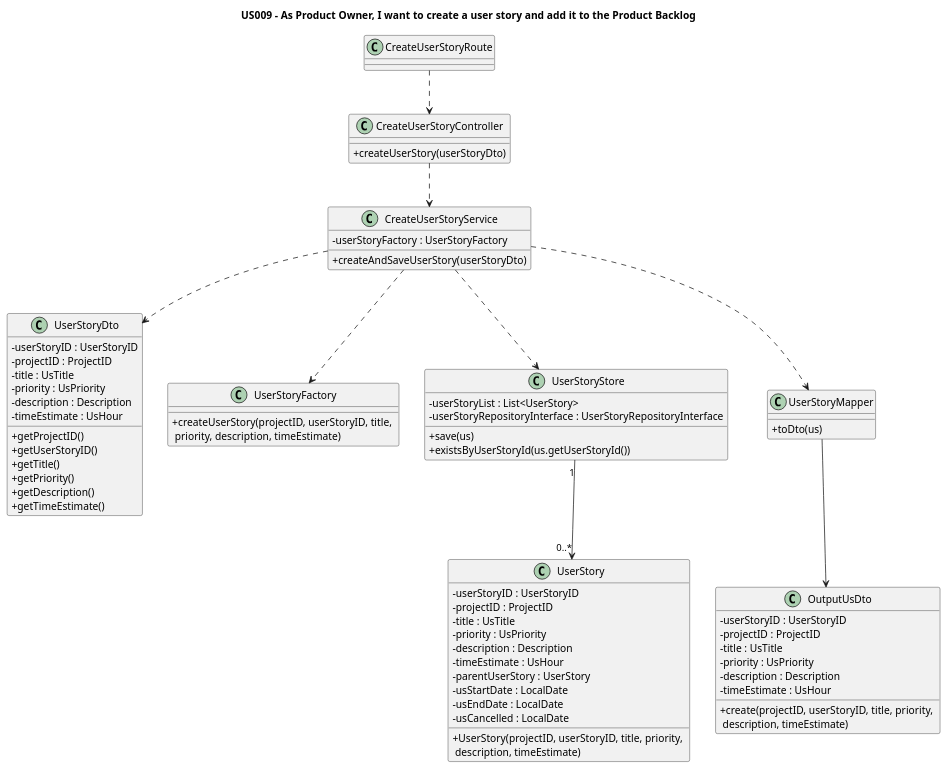
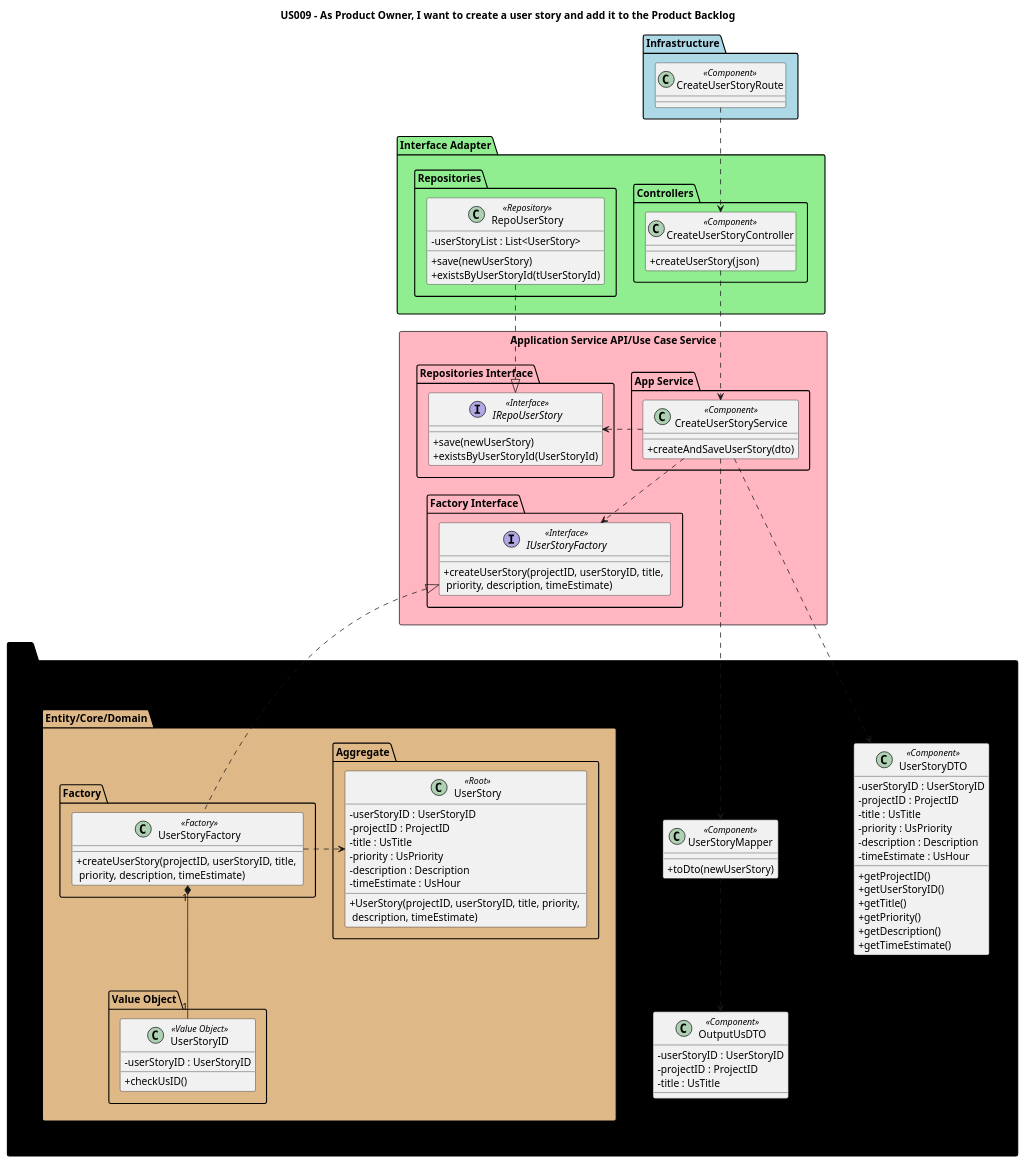
The diagram in docs/Sprint1/US009/US009RE-CD.puml (nunogon1211787/projectManagement), drawn with PlantUML before and after one commit. The commit also changed 33 other files, not shown here.

Commit message:
US009 - Refactor DS | Include DTO, Mapper, factory and service US009 - Implement UserStoryService US009 - Implement OutputUsDTO US009: Refactoring: CreateUserStoryController, class UserStory, UserStoryStore, UserStoryDTO (addresses #137)  (addresses  #139)  (addresses  #140)  (addresses #141)

```diff
--- a/docs/Sprint1/US009/US009RE-CD.puml
+++ b/docs/Sprint1/US009/US009RE-CD.puml
@@ -1,97 +1,157 @@
 @startuml
 'https://plantuml.com/class-diagram
 
 'hide circle
 skinparam classAttributeIconSize 0
 
 title US009 - As Product Owner, I want to create a user story and add it to the Product Backlog
 
-class CreateUserStoryRoute {
+skinparam classAttributeIconSize 0
 
+package "Infrastructure" <<Folder>> #lightblue  {
+class "CreateUserStoryRoute" as route << Component >>
 }
 
-class CreateUserStoryController {
-    +createUserStory(userStoryDto)
+package "Interface Adapter" <<Folder>> #lightgreen {
+package "Controllers" <<Folder>>{
+class "CreateUserStoryController" as ctrl << Component >> {
++createUserStory(json)
+}
+}
+package "Repositories" <<Folder>>{
+class "RepoUserStory" as store << Repository >> {
+-userStoryList : List<UserStory>
++ save(newUserStory)
++ existsByUserStoryId(tUserStoryId)
+'- add(newUserStory)
+}
+}
 }
 
-
-
-class CreateUserStoryService {
-- userStoryFactory : UserStoryFactory
-+createAndSaveUserStory(userStoryDto)
-
+package "Application Service API/Use Case Service" <<Rectangle>> #lightpink{
+package "App Service" <<Folder>>{
+class "CreateUserStoryService" as service << Component >> {
++createAndSaveUserStory(dto)
 }
-
-class UserStoryDto {
+}
+package "Repositories Interface" <<Folder>>{
+interface "IRepoUserStory" as repo << Interface >>{
++ save(newUserStory)
++ existsByUserStoryId(UserStoryId)
+}
+}
+package "Factory Interface" <<Folder>>{
+interface "IUserStoryFactory" as factoryInterface << Interface >>{
++createUserStory(projectID, userStoryID, title, \n priority, description, timeEstimate)
+}
+}
+}
+package "DTO" <<Folder>> #black {
+package "UserStoryDTO" <<Folder>>{
+class "UserStoryDTO" as dto << Component >> {
 - userStoryID : UserStoryID
 - projectID : ProjectID
 - title : UsTitle
 - priority : UsPriority
 - description : Description
 - timeEstimate : UsHour
 + getProjectID()
 + getUserStoryID()
 + getTitle()
 + getPriority()
 + getDescription()
 + getTimeEstimate()
-'+ UserStoryDto(projectID, userStoryID, \n title, priority, description, timeEstimate))
-
+}
+}
+package "DTO" <<Folder>> {
+package "OutputUsDTO" <<Folder>>{
+class "OutputUsDTO" as outDto << Component >> {
+- userStoryID : UserStoryID
+- projectID : ProjectID
+- title : UsTitle
+}
+}
+package "DTO" <<Folder>> {
+package "UserStoryMapper" <<Folder>>{
+class "UserStoryMapper" as mapper << Component >> {
++ toDto(newUserStory)
+}
+}
 }
 
-class UserStoryFactory {
-+createUserStory(projectID, userStoryID, title, \n priority, description, timeEstimate)
-
-
-}
-
-
-class UserStoryStore {
-- userStoryList : List<UserStory>
--userStoryRepositoryInterface : UserStoryRepositoryInterface
-+ save(us)
-+ existsByUserStoryId(us.getUserStoryId())
-}
-
-class UserStory {
+package "Entity/Core/Domain" <<Folder>> #burlywood{
+package "Aggregate" <<Folder>>{
+class "UserStory" as userStory << Root >> {
 - userStoryID : UserStoryID
 - projectID : ProjectID
 - title : UsTitle
 - priority : UsPriority
 - description : Description
 - timeEstimate : UsHour
-- parentUserStory : UserStory
-- usStartDate : LocalDate
-- usEndDate : LocalDate
-- usCancelled : LocalDate
 + UserStory(projectID, userStoryID, title, priority, \n description, timeEstimate)
 }
+}
+package "Factory" <<Folder>>{
+class "UserStoryFactory" as userStoryF << Factory >> {
++createUserStory(projectID, userStoryID, title, \n priority, description, timeEstimate)
+}
+}
+package "Value Object" <<Folder>>{
+class "UserStoryID" as usID << Value Object >> {
+-userStoryID : UserStoryID
++checkUsID()
+}
+}
+'package "Value Object" <<Folder>>{
+'class "ProjectID" as projID << Value Object >> {
+'-rojectID : ProjectID
+'+checkUsID()
+'}
 
-class UserStoryMapper {
-+ toDto(us)
-}
+'package "Value Object" <<Folder>>{
+'class "UsTitle" as usTitle << Value Object >> {
+'- title : UsTitle
+'+checkUsID()
+'}
 
-class OutputUsDto {
-- userStoryID : UserStoryID
-- projectID : ProjectID
-- title : UsTitle
-- priority : UsPriority
-- description : Description
-- timeEstimate : UsHour
-+create(projectID, userStoryID, title, priority, \n description, timeEstimate)
-}
-
-CreateUserStoryRoute ..> CreateUserStoryController
-
-CreateUserStoryController..>CreateUserStoryService
-CreateUserStoryService..>UserStoryDto
-CreateUserStoryService..>UserStoryFactory
-CreateUserStoryService..>UserStoryStore
-CreateUserStoryService..>UserStoryMapper
+'package "Value Object" <<Folder>>{
+'class "Priority" as priority << Value Object >> {
+'-priority : UsPriority
+'+checkUsID()
+'}
+'
+'package "Value Object" <<Folder>>{
+'class "Description" as desc << Value Object >> {
+'-description : Description
+'+checkUsID()
+'}
+'
+'package "Value Object" <<Folder>>{
+'class "TimeEstimate" as time << Value Object >> {
+'-timeEstimate : UsHour
+'+checkUsID()
+'}
 
 
-UserStoryStore "1" -down-> "0..*" UserStory
-UserStoryMapper -down->  OutputUsDto
+route ..> ctrl
+'ctrl..> mapper'
+ctrl..> service
+'mapper..> dto
+mapper..>outDto
+store..|> repo
+service..> mapper
+service..> dto
+service..> factoryInterface
+service..left> repo
+userStoryF"1"*-d-"1" usID
+'userStoryF..>projID
+'userStoryF..>usTitle
+'userStoryF..>priority
+'userStoryF..>time
+'userStoryF..>desc
+userStoryF..right>userStory
+userStoryF..up|>factoryInterface
+
 
 
 @enduml
```
